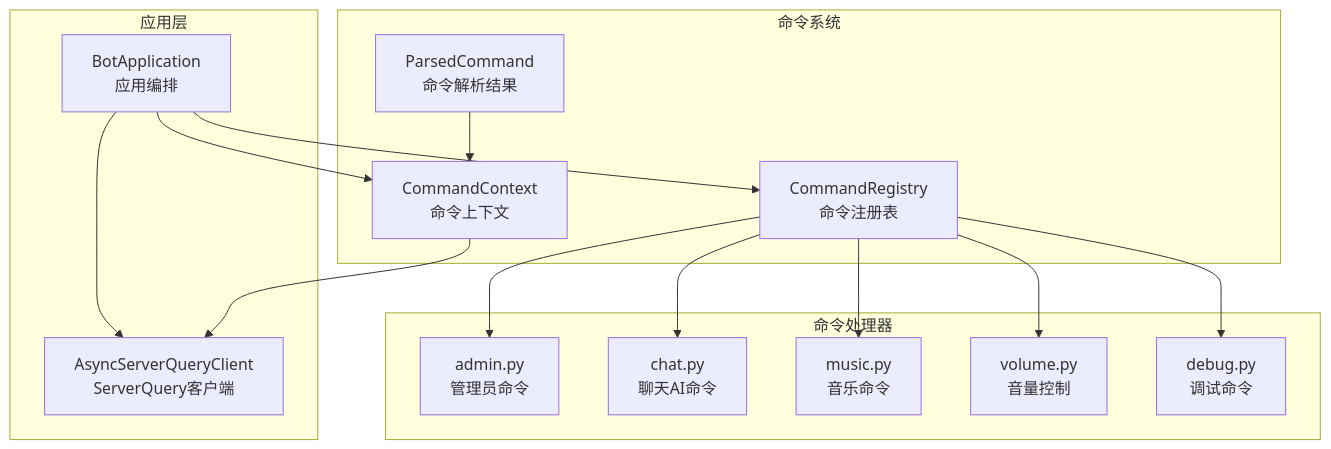
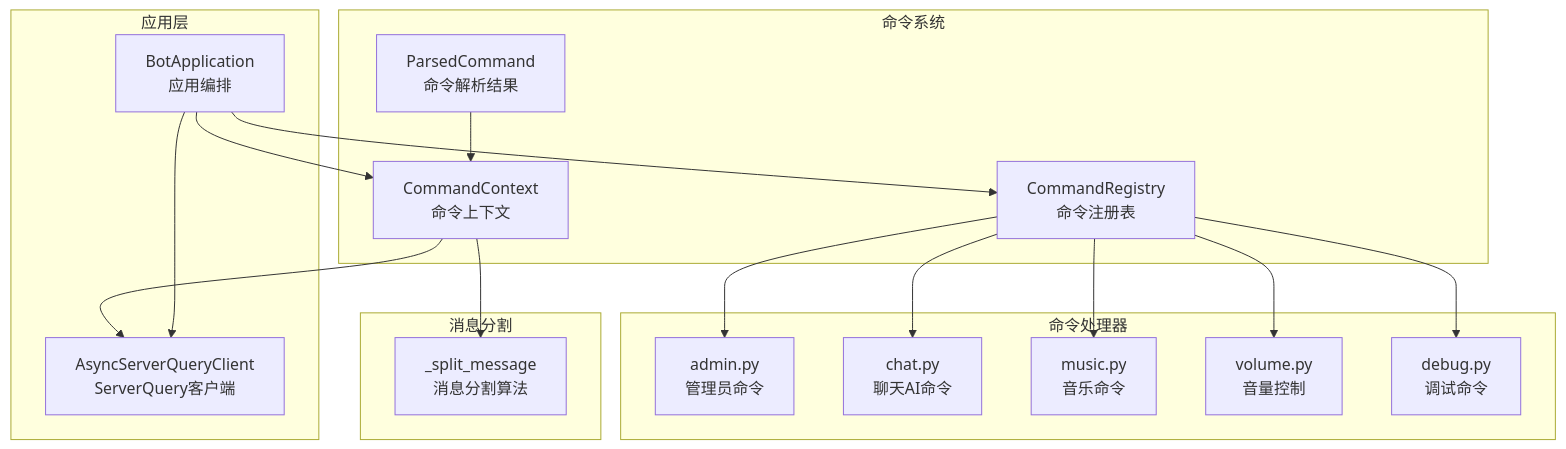
One commit to GhoulOwl/Teamspeak3_Bot changed the first of 7 diagrams in .qoder/repowiki/zh/content/命令系统/命令上下文管理.md. Above: the diagram before and after it, drawn with Mermaid. The commit also changed other lines of this file and 7 other files, not shown here.

````diff
--- a/.qoder/repowiki/zh/content/命令系统/命令上下文管理.md
+++ b/.qoder/repowiki/zh/content/命令系统/命令上下文管理.md
@@ -37,29 +47,33 @@
 ```mermaid
 graph TB
 subgraph "命令系统"
 PC["ParsedCommand<br/>命令解析结果"]
 CC["CommandContext<br/>命令上下文"]
 CR["CommandRegistry<br/>命令注册表"]
 end
 subgraph "应用层"
 APP["BotApplication<br/>应用编排"]
 SQ["AsyncServerQueryClient<br/>ServerQuery客户端"]
 end
 subgraph "命令处理器"
 ADMIN["admin.py<br/>管理员命令"]
 CHAT["chat.py<br/>聊天AI命令"]
 MUSIC["music.py<br/>音乐命令"]
 VOLUME["volume.py<br/>音量控制"]
 DEBUG["debug.py<br/>调试命令"]
 end
+subgraph "消息分割"
+SPLIT["_split_message<br/>消息分割算法"]
+end
 PC --> CC
 CC --> SQ
+CC --> SPLIT
 CR --> ADMIN
 CR --> CHAT
 CR --> MUSIC
 CR --> VOLUME
 CR --> DEBUG
 APP --> CR
 APP --> SQ
 APP --> CC
 ```
````
